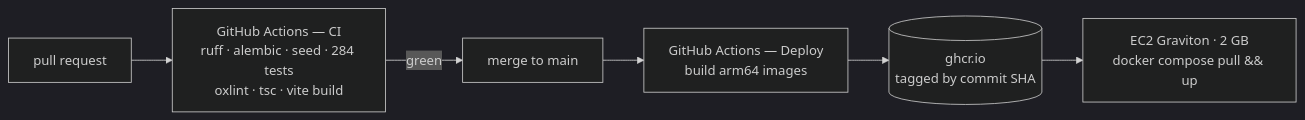
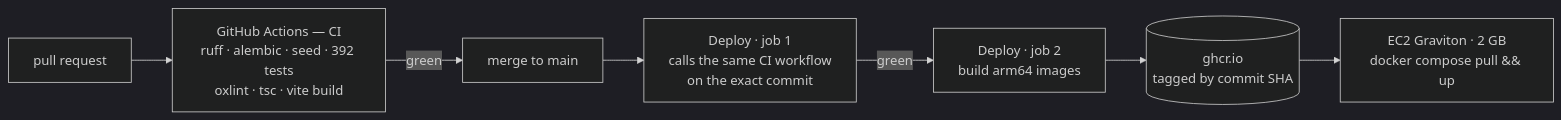
The sixth of 6 diagrams in docs/ARCHITECTURE.md (Sadhna2/pharmacy_inventory_managment_system), drawn with Mermaid (dark theme) before and after one commit. The commit also changed other lines of this file and 9 other files, not shown here.

First line of the commit message:
docs: re-derive every published figure from the code

````diff
--- a/docs/ARCHITECTURE.md
+++ b/docs/ARCHITECTURE.md
@@ -214,8 +214,9 @@
 ```mermaid
 flowchart LR
-    PR["pull request"] --> CI["GitHub Actions — CI<br/>ruff · alembic · seed · 284 tests<br/>oxlint · tsc · vite build"]
+    PR["pull request"] --> CI["GitHub Actions — CI<br/>ruff · alembic · seed · 392 tests<br/>oxlint · tsc · vite build"]
     CI -->|"green"| MAIN["merge to main"]
-    MAIN --> BUILD["GitHub Actions — Deploy<br/>build arm64 images"]
+    MAIN --> GATE["Deploy · job 1<br/>calls the same CI workflow<br/>on the exact commit"]
+    GATE -->|"green"| BUILD["Deploy · job 2<br/>build arm64 images"]
     BUILD --> GHCR[("ghcr.io<br/>tagged by commit SHA")]
     GHCR --> EC2["EC2 Graviton · 2 GB<br/>docker compose pull && up"]
 ```
````
